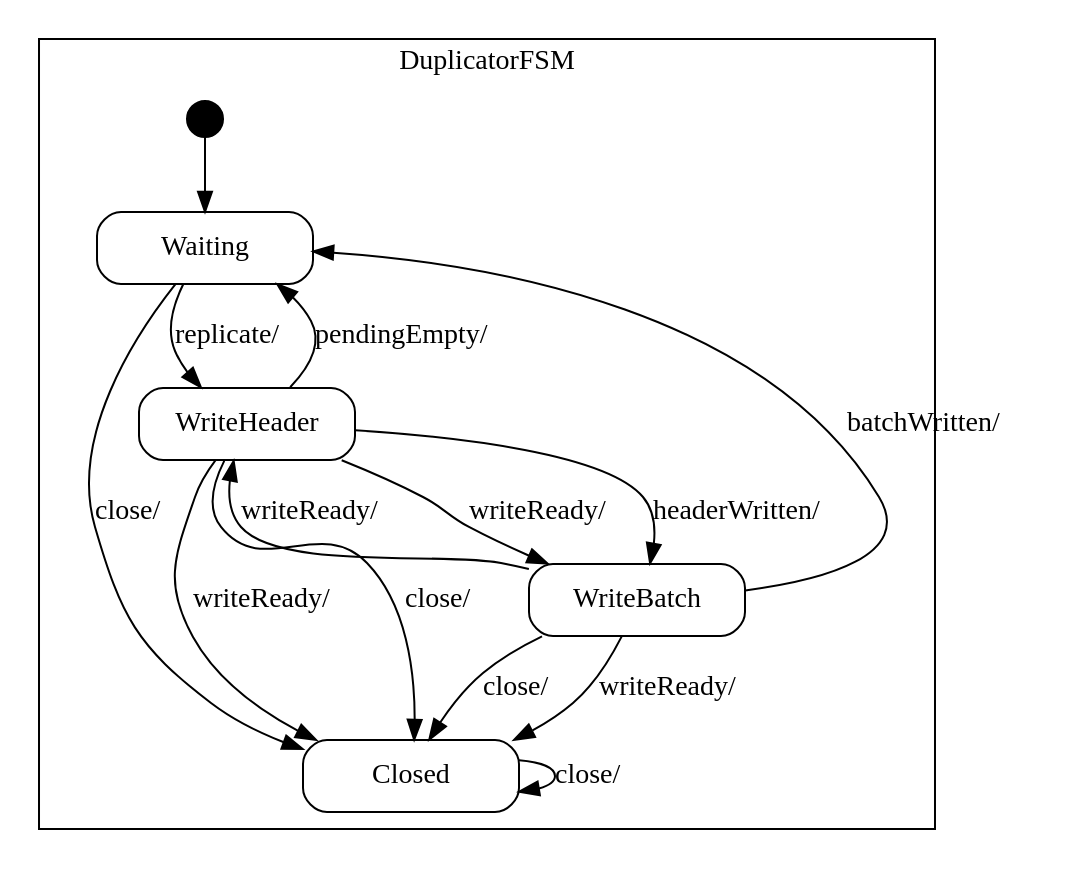
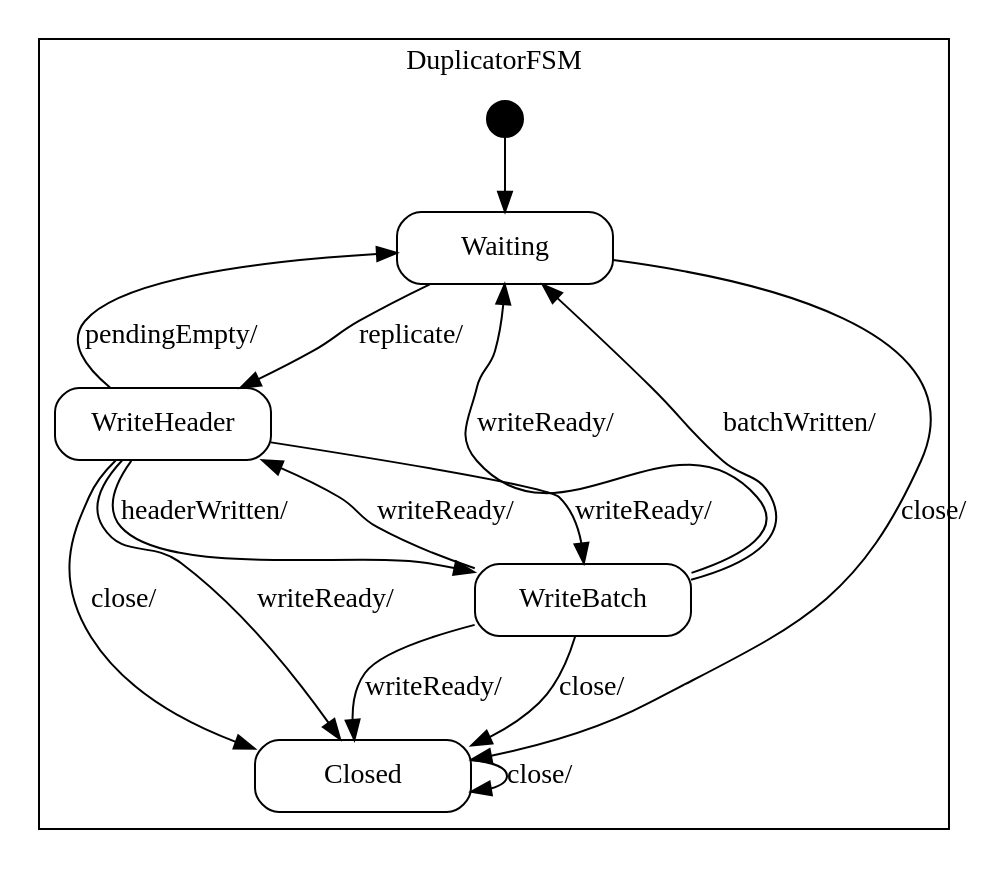
One commit to vmehra-sfdc/Ouroboros changed the diagram in spindle/doc/Duplicator_sm.dot. Above: the diagram before and after it, drawn with Graphviz. The commit also changed 9 other files, not shown here.

```diff
--- a/spindle/doc/Duplicator_sm.dot
+++ b/spindle/doc/Duplicator_sm.dot
@@ -1,72 +1,75 @@
 digraph Duplicator {
 
     node
         [shape=Mrecord width=1.5];
 
     subgraph cluster_DuplicatorFSM {
 
         label="DuplicatorFSM";
 
         //
         // States (Nodes)
         //
 
         "DuplicatorFSM::Waiting"
             [label="{Waiting}"];
 
         "DuplicatorFSM::WriteHeader"
             [label="{WriteHeader}"];
 
         "DuplicatorFSM::WriteBatch"
             [label="{WriteBatch}"];
 
         "DuplicatorFSM::Closed"
             [label="{Closed}"];
 
         "%start"
             [label="" shape=circle style=filled fillcolor=black width=0.25];
 
         //
         // Transitions (Edges)
         //
 
         "DuplicatorFSM::Waiting" -> "DuplicatorFSM::WriteHeader"
             [label="replicate/\l"];
 
         "DuplicatorFSM::Waiting" -> "DuplicatorFSM::Closed"
             [label="close/\l"];
 
         "DuplicatorFSM::WriteHeader" -> "DuplicatorFSM::Closed"
             [label="writeReady/\l"];
 
         "DuplicatorFSM::WriteHeader" -> "DuplicatorFSM::WriteBatch"
             [label="writeReady/\l"];
 
         "DuplicatorFSM::WriteHeader" -> "DuplicatorFSM::WriteBatch"
             [label="headerWritten/\l"];
 
         "DuplicatorFSM::WriteHeader" -> "DuplicatorFSM::Waiting"
             [label="pendingEmpty/\l"];
 
         "DuplicatorFSM::WriteHeader" -> "DuplicatorFSM::Closed"
             [label="close/\l"];
 
         "DuplicatorFSM::WriteBatch" -> "DuplicatorFSM::Closed"
             [label="writeReady/\l"];
 
         "DuplicatorFSM::WriteBatch" -> "DuplicatorFSM::WriteHeader"
             [label="writeReady/\l"];
 
         "DuplicatorFSM::WriteBatch" -> "DuplicatorFSM::Waiting"
+            [label="writeReady/\l"];
+
+        "DuplicatorFSM::WriteBatch" -> "DuplicatorFSM::Waiting"
             [label="batchWritten/\l"];
 
         "DuplicatorFSM::WriteBatch" -> "DuplicatorFSM::Closed"
             [label="close/\l"];
 
         "DuplicatorFSM::Closed" -> "DuplicatorFSM::Closed"
             [label="close/\l"];
 
         "%start" -> "DuplicatorFSM::Waiting"
     }
 
 }
```
